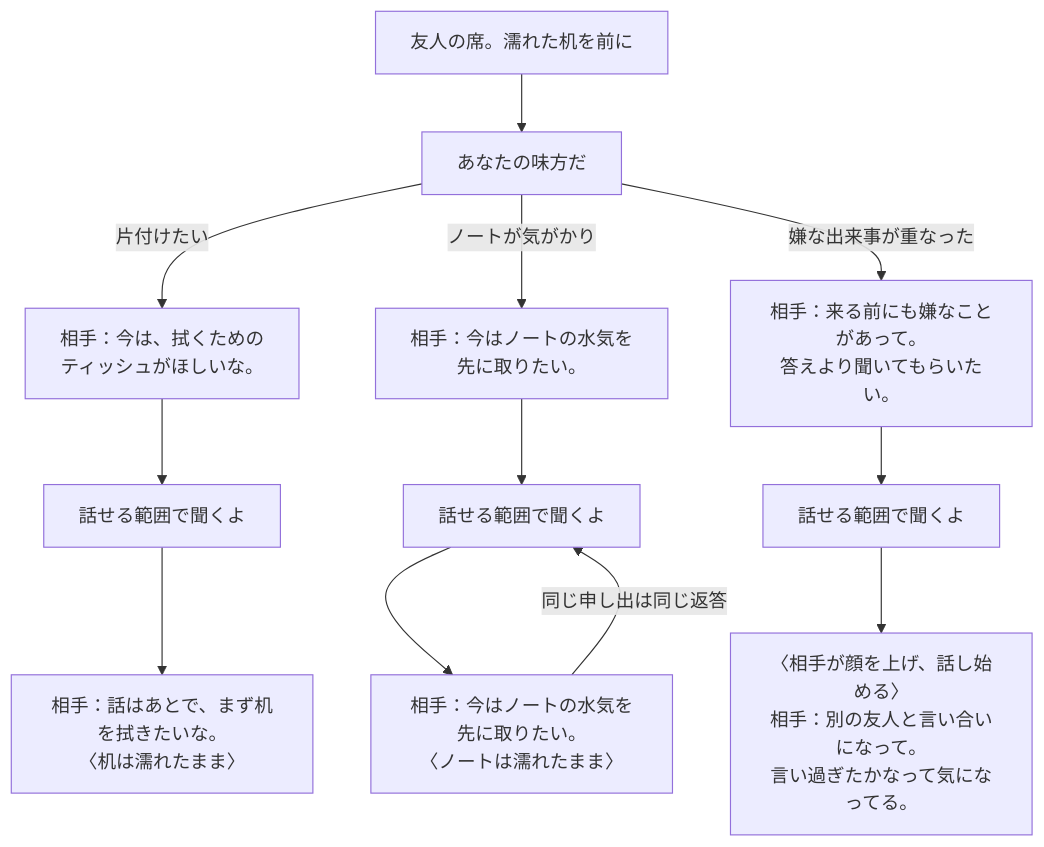
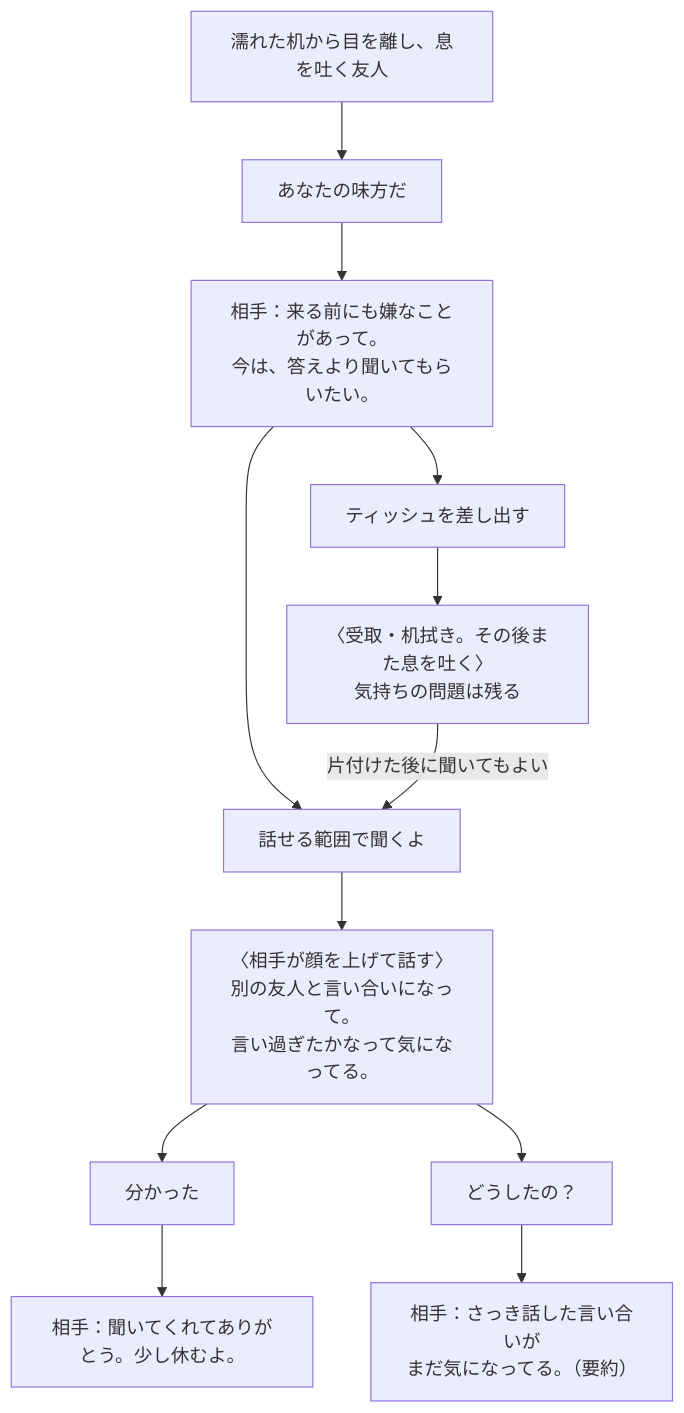
The third of 3 diagrams in docs/COFFEE_FLOW.md (shirai-masatomo/whitespace), drawn with Mermaid before and after one commit. The commit also changed other lines of this file and 12 other files, not shown here.

````diff
--- a/docs/COFFEE_FLOW.md
+++ b/docs/COFFEE_FLOW.md
@@ -98,14 +60,14 @@
 ```mermaid
 flowchart TB
-  start["友人の席。濡れた机を前に"] --> support["あなたの味方だ"]
-  support -->|"片付けたい"| clean["相手：今は、拭くための<br/>ティッシュがほしいな。"]
-  support -->|"ノートが気がかり"| book["相手：今はノートの水気を<br/>先に取りたい。"]
-  support -->|"嫌な出来事が重なった"| day["相手：来る前にも嫌なことがあって。<br/>答えより聞いてもらいたい。"]
-  clean --> cListen["話せる範囲で聞くよ"]
-  book --> bListen["話せる範囲で聞くよ"]
-  day --> dListen["話せる範囲で聞くよ"]
-  cListen --> cResult["相手：話はあとで、まず机を拭きたいな。<br/>〈机は濡れたまま〉"]
-  bListen --> bResult["相手：今はノートの水気を先に取りたい。<br/>〈ノートは濡れたまま〉"]
-  dListen --> dResult["〈相手が顔を上げ、話し始める〉<br/>相手：別の友人と言い合いになって。<br/>言い過ぎたかなって気になってる。"]
-  bResult -->|"同じ申し出は同じ返答"| bListen
+  start["濡れた机から目を離し、息を吐く友人"] --> support["あなたの味方だ"]
+  support --> wish["相手：来る前にも嫌なことがあって。<br/>今は、答えより聞いてもらいたい。"]
+  wish --> listen["話せる範囲で聞くよ"]
+  wish --> paper["ティッシュを差し出す"]
+  paper --> clean["〈受取・机拭き。その後また息を吐く〉<br/>気持ちの問題は残る"]
+  clean -->|"片付けた後に聞いてもよい"| listen
+  listen --> story["〈相手が顔を上げて話す〉<br/>別の友人と言い合いになって。<br/>言い過ぎたかなって気になってる。"]
+  story --> ack["分かった"]
+  story --> ask["どうしたの？"]
+  ack --> rest["相手：聞いてくれてありがとう。少し休むよ。"]
+  ask --> known["相手：さっき話した言い合いが<br/>まだ気になってる。（要約）"]
 ```
````
